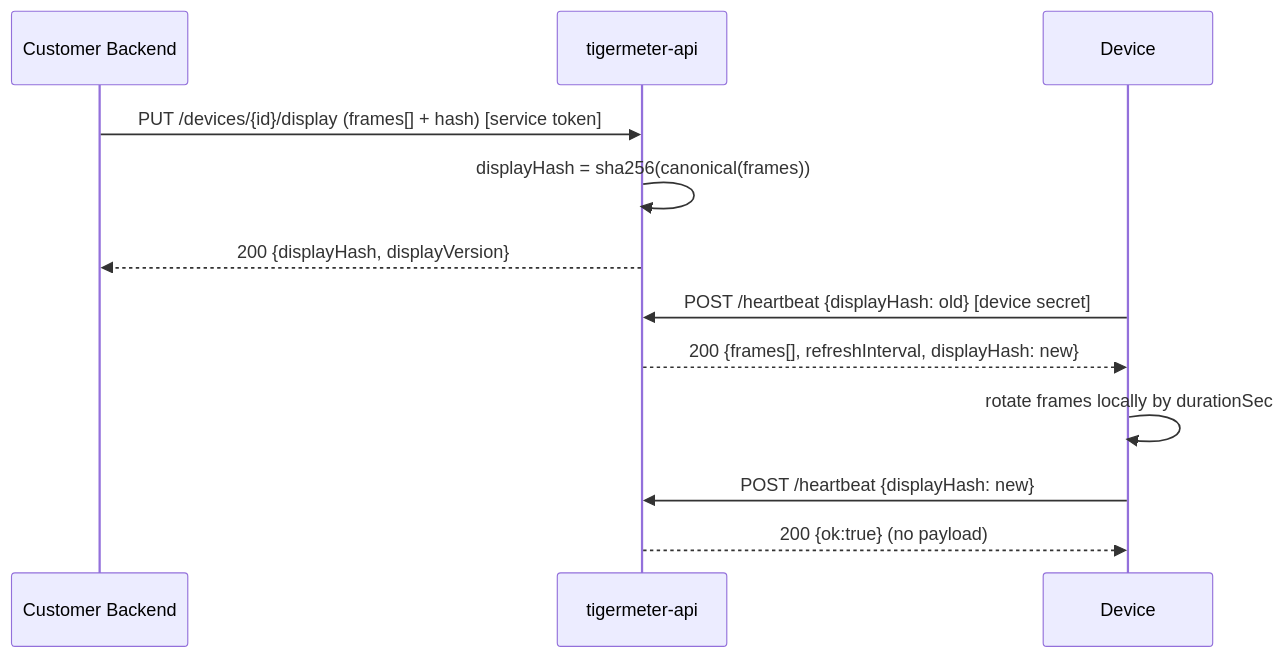
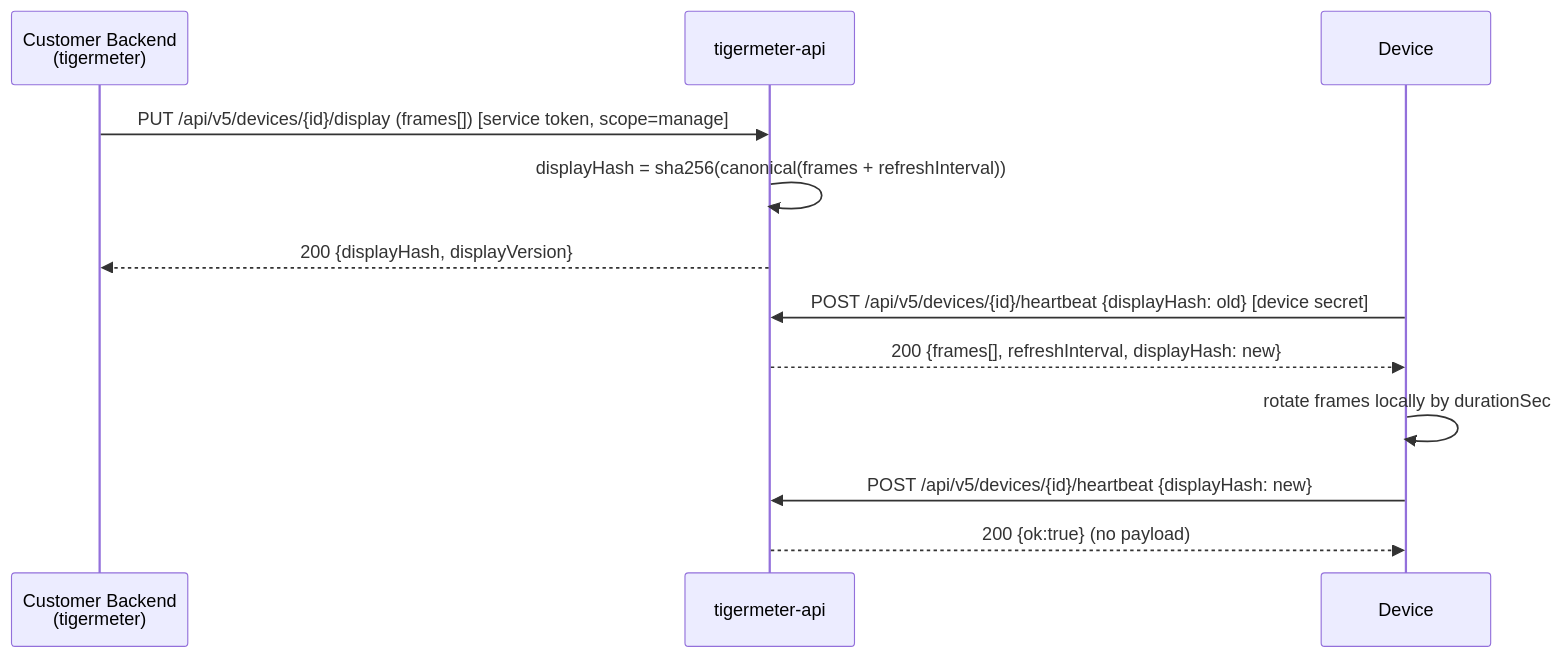
Before and after one commit to rd1-io/tigermeter-api: the diagram in plans/bitmap-display-microservice.md, drawn with Mermaid. The commit also changed other lines of this file and 61 other files, not shown here.

````diff
--- a/plans/bitmap-display-microservice.md
+++ b/plans/bitmap-display-microservice.md
@@ -11,14 +12,14 @@
 ```mermaid
 sequenceDiagram
-    participant Client as Customer Backend
+    participant Cust as Customer Backend<br/>(tigermeter)
     participant API as tigermeter-api
     participant Device
-    Client->>API: PUT /devices/{id}/display (frames[] + hash)  [service token]
-    API->>API: displayHash = sha256(canonical(frames))
-    API-->>Client: 200 {displayHash, displayVersion}
-    Device->>API: POST /heartbeat {displayHash: old}  [device secret]
+    Cust->>API: PUT /api/v5/devices/{id}/display (frames[])  [service token, scope=manage]
+    API->>API: displayHash = sha256(canonical(frames + refreshInterval))
+    API-->>Cust: 200 {displayHash, displayVersion}
+    Device->>API: POST /api/v5/devices/{id}/heartbeat {displayHash: old}  [device secret]
     API-->>Device: 200 {frames[], refreshInterval, displayHash: new}
     Device->>Device: rotate frames locally by durationSec
-    Device->>API: POST /heartbeat {displayHash: new}
-    API-->>Device: 200 {ok:true}   (no payload)
+    Device->>API: POST /api/v5/devices/{id}/heartbeat {displayHash: new}
+    API-->>Device: 200 {ok:true}  (no payload)
 ```
````
